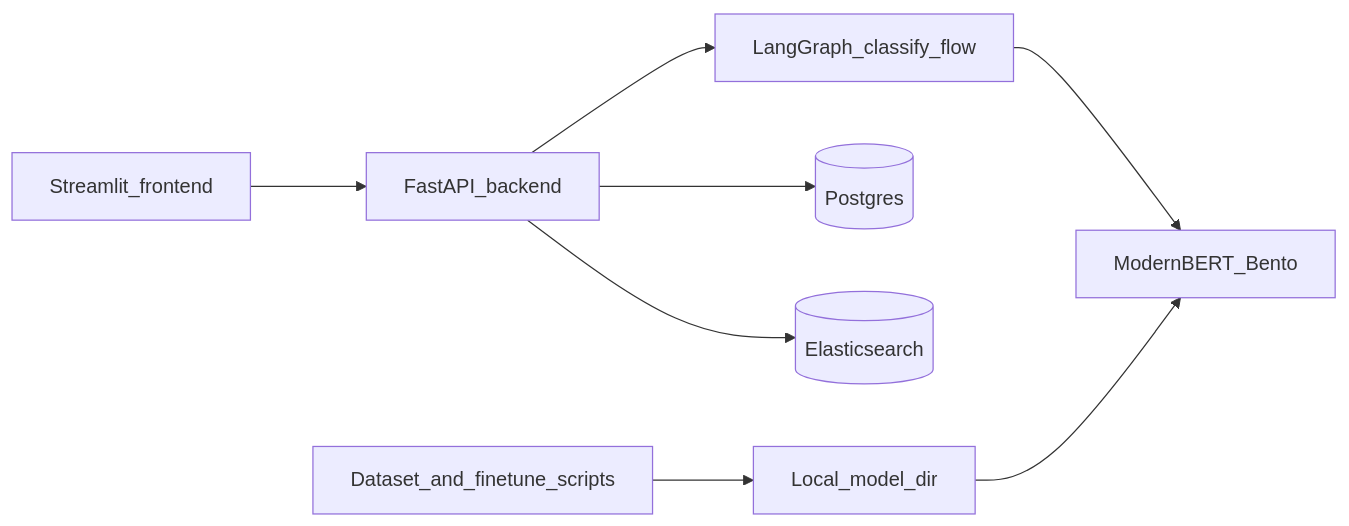
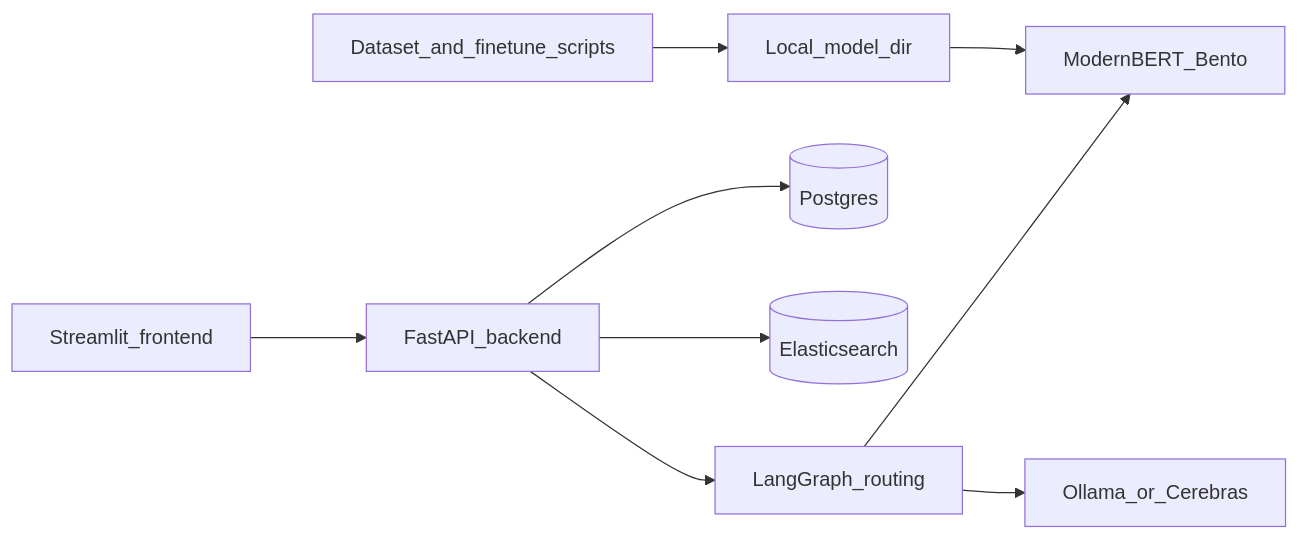
One commit to w4zir/BitBot changed the diagram in README.md. Above: the diagram before and after it, drawn with Mermaid. The commit also changed other lines of this file and 15 other files, not shown here.

````diff
--- a/README.md
+++ b/README.md
@@ -7,10 +7,11 @@
 ```mermaid
 flowchart LR
   fe[Streamlit_frontend] --> be[FastAPI_backend]
-  be --> lg[LangGraph_classify_flow]
+  be --> lg[LangGraph_routing]
   lg --> bento[ModernBERT_Bento]
+  lg --> llm[Ollama_or_Cerebras]
   be --> pg[(Postgres)]
   be --> es[(Elasticsearch)]
   train[Dataset_and_finetune_scripts] --> artifacts[Local_model_dir]
   artifacts --> bento
 ```
````
